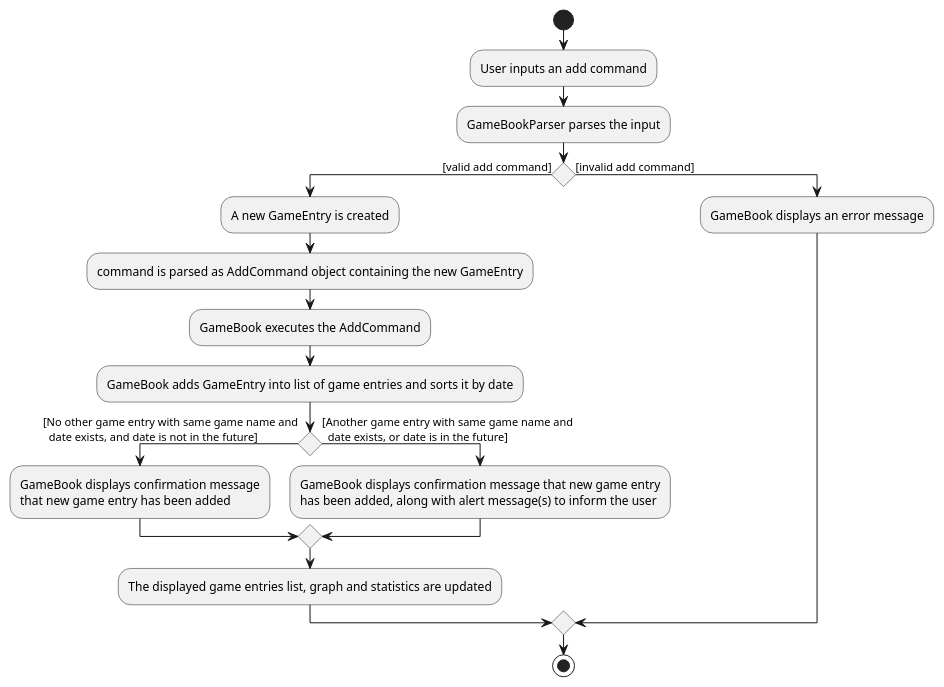
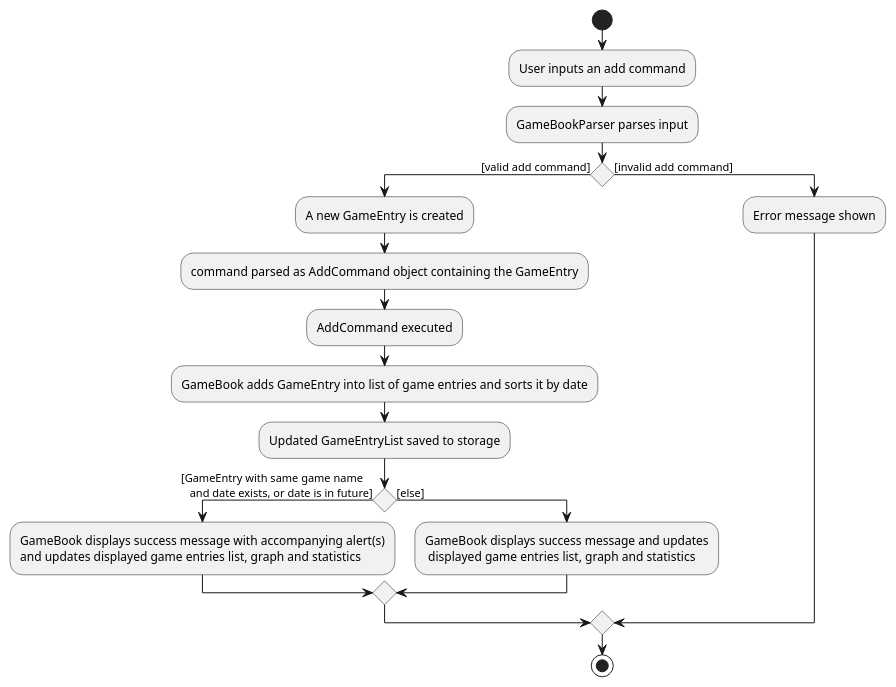
One commit to yzhilong/tp changed the diagram in docs/diagrams/tracing/AddActivityDiagram.puml. Above: the diagram before and after it, drawn with PlantUML. The commit also changed 3 other files, not shown here.

Commit message:
Update sequence and activity diagrams for AddCommand

```diff
--- a/docs/diagrams/tracing/AddActivityDiagram.puml
+++ b/docs/diagrams/tracing/AddActivityDiagram.puml
@@ -1,27 +1,27 @@
 @startuml
 
 start
 :User inputs an add command;
-:GameBookParser parses the input;
+:GameBookParser parses input;
 
 if () then ([valid add command])
   :A new GameEntry is created;
-  :command is parsed as AddCommand object containing the new GameEntry;
-  :GameBook executes the AddCommand;
+  :command parsed as AddCommand object containing the GameEntry;
+  :AddCommand executed;
   :GameBook adds GameEntry into list of game entries and sorts it by date;
-  if() then([No other game entry with same game name and
-  date exists, and date is not in the future])
-    :GameBook displays confirmation message
-    that new game entry has been added;
-  else ([Another game entry with same game name and
-  date exists, or date is in the future])
-    :GameBook displays confirmation message that new game entry
-    has been added, along with alert message(s) to inform the user;
+  :Updated GameEntryList saved to storage;
+  if() then([GameEntry with same game name
+   and date exists, or date is in future])
+    :GameBook displays success message with accompanying alert(s)
+    and updates displayed game entries list, graph and statistics;
+  else ([else])
+    :GameBook displays success message and updates
+     displayed game entries list, graph and statistics;
   endif
-  :The displayed game entries list, graph and statistics are updated;
+
 else ([invalid add command])
-  :GameBook displays an error message;
+  :Error message shown;
 
 endif
 stop
 @enduml
```
